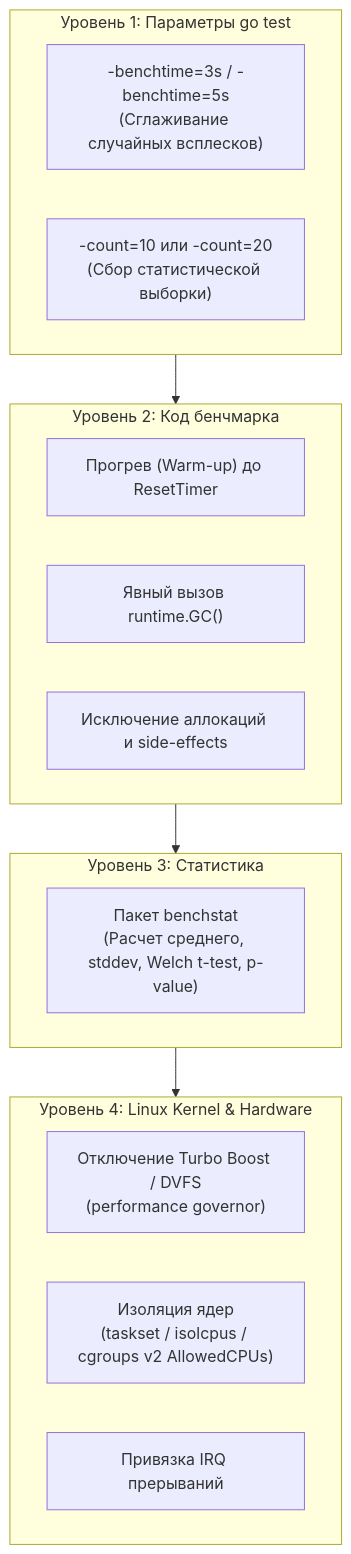
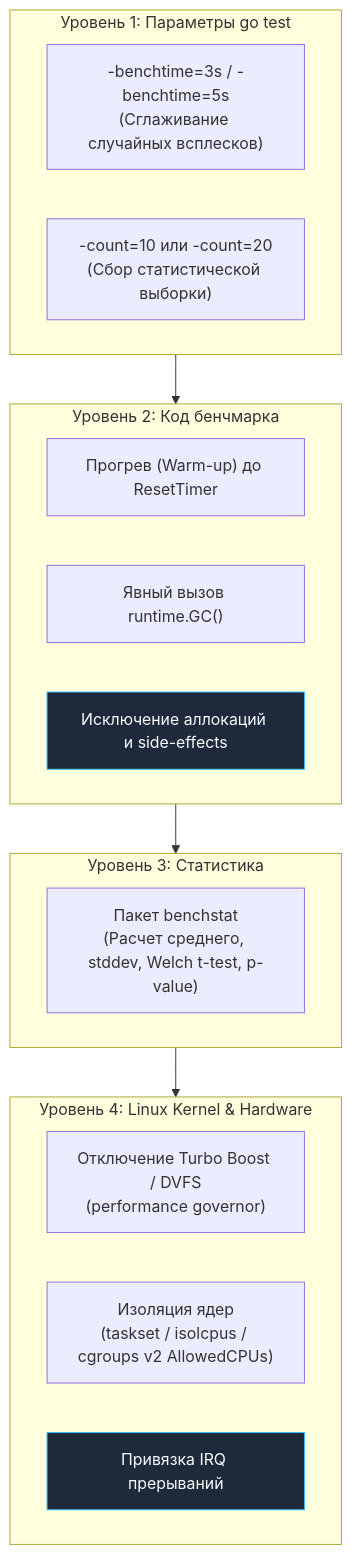
One commit to UnrealTemplier/go-textbook changed the third of 4 diagrams in sources/16. Профилирование, отладка и производительность/02. Benchmarking/6. Стабилизация результатов.md. Above: the diagram before and after it, drawn with Mermaid. The commit also changed other lines of this file and 1666 other files, not shown here.

First line of the commit message:
feat(mermaid): add semantic color classDef to 1369 colorless flowchart/graph diagrams

````diff
--- a/sources/16. Профилирование, отладка и производительность/02. Benchmarking/6. Стабилизация результатов.md
+++ b/sources/16. Профилирование, отладка и производительность/02. Benchmarking/6. Стабилизация результатов.md
@@ -126,25 +146,35 @@
 ```mermaid
 flowchart TD
+    classDef process  fill:#1e293b,stroke:#38bdf8,stroke-width:1px,color:#f8fafc
+    classDef success  fill:#064e3b,stroke:#34d399,stroke-width:1px,color:#f8fafc
+    classDef error    fill:#7f1d1d,stroke:#f87171,stroke-width:1px,color:#f8fafc
+    classDef warning  fill:#78350f,stroke:#fbbf24,stroke-width:1px,color:#f8fafc
+    classDef entry    fill:#1e3a5f,stroke:#38bdf8,stroke-width:2px,color:#f8fafc
+    classDef aux      fill:#334155,stroke:#64748b,stroke-width:1px,color:#f8fafc
+    classDef system   fill:#312e81,stroke:#a78bfa,stroke-width:1px,color:#f8fafc
+    classDef data     fill:#132d29,stroke:#2dd4bf,stroke-width:1px,color:#f8fafc
+    classDef network  fill:#881337,stroke:#fb7185,stroke-width:1px,color:#f8fafc
+    classDef accent   fill:#1e1b4b,stroke:#818cf8,stroke-width:1px,color:#f8fafc
     subgraph Level1["Уровень 1: Параметры go test"]
         L1A["-benchtime=3s / -benchtime=5s<br>(Сглаживание случайных всплесков)"]
         L1B["-count=10 или -count=20<br>(Сбор статистической выборки)"]
     end
 
     subgraph Level2["Уровень 2: Код бенчмарка"]
         L2A["Прогрев (Warm-up) до ResetTimer"]
         L2B["Явный вызов runtime.GC()"]
-        L2C["Исключение аллокаций и side-effects"]
+        L2C["Исключение аллокаций и side-effects"]:::process
     end
 
     subgraph Level3["Уровень 3: Статистика"]
         L3A["Пакет benchstat<br>(Расчет среднего, stddev, Welch t-test, p-value)"]
     end
 
     subgraph Level4["Уровень 4: Linux Kernel & Hardware"]
         L4A["Отключение Turbo Boost / DVFS<br>(performance governor)"]
         L4B["Изоляция ядер<br>(taskset / isolcpus / cgroups v2 AllowedCPUs)"]
-        L4C["Привязка IRQ прерываний"]
+        L4C["Привязка IRQ прерываний"]:::process
     end
 
     Level1 --> Level2 --> Level3 --> Level4
 ```
````
